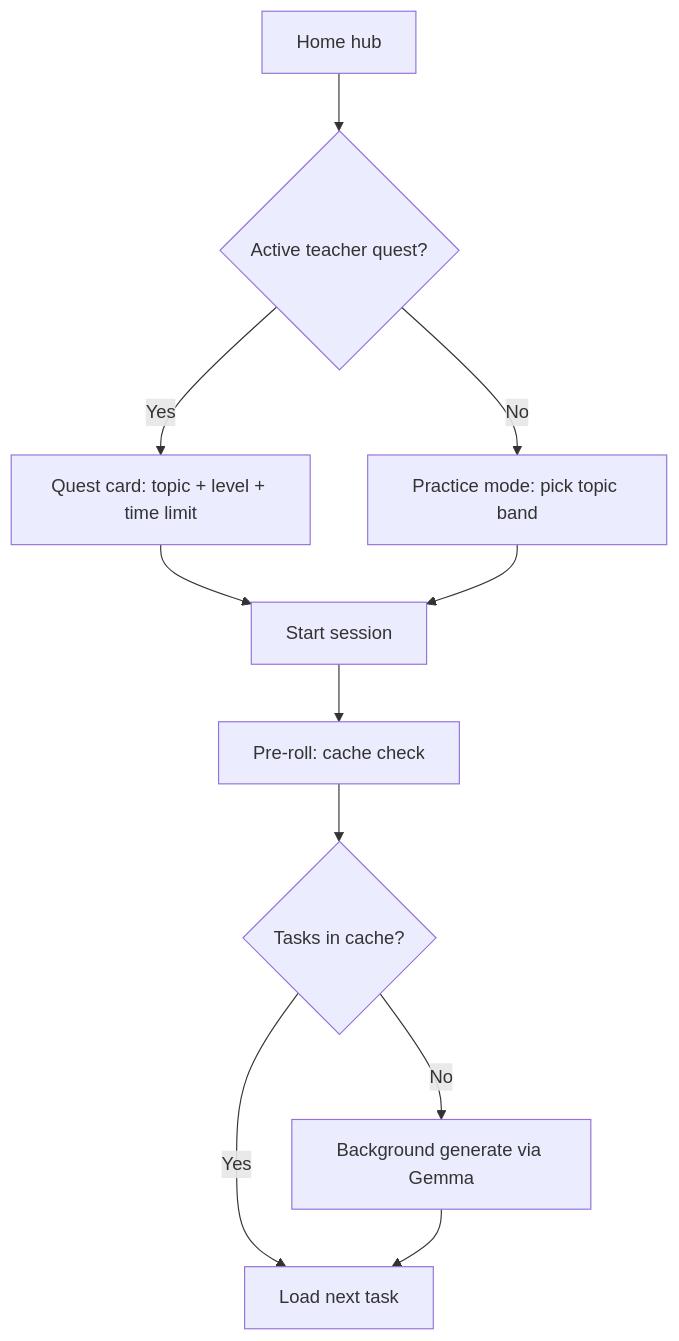
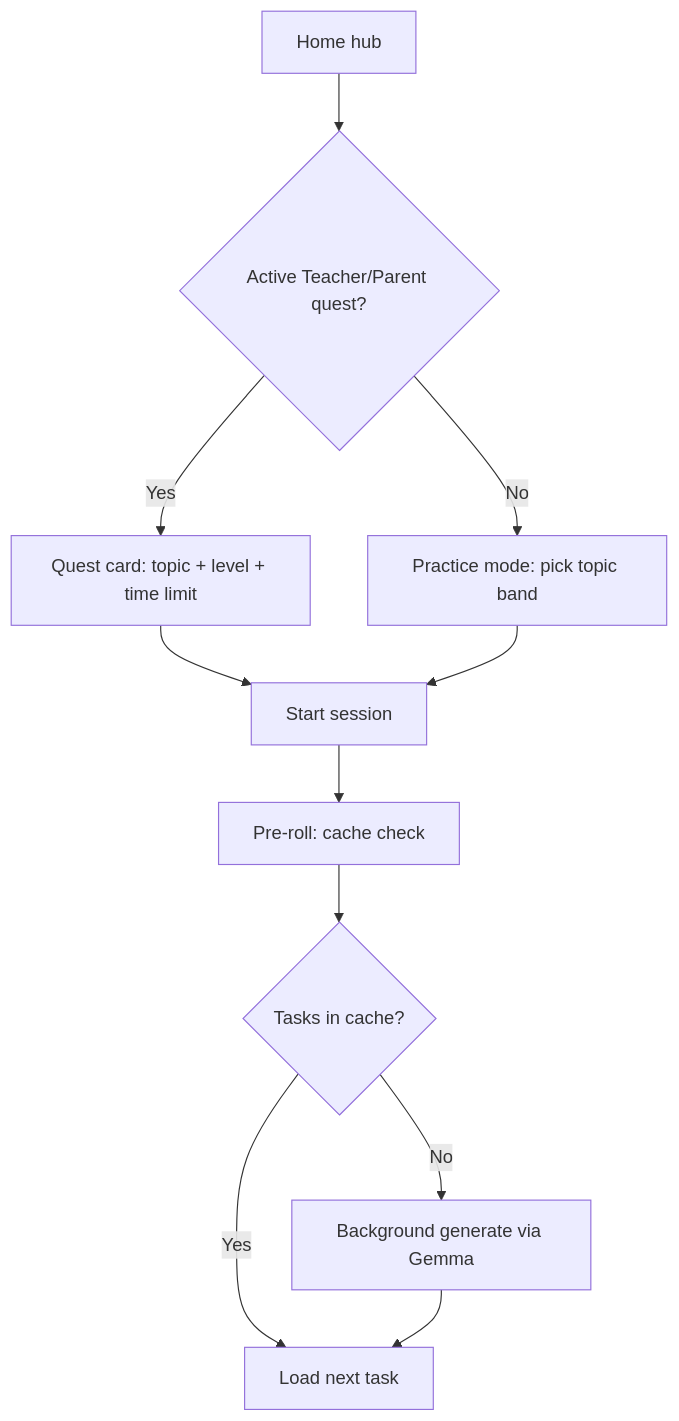
The second of 8 diagrams in design.md (makhosi6/ikamva_lam), drawn with Mermaid before and after one commit. The commit also changed other lines of this file and 8 other files, not shown here.

Commit message:
refactor: update terminology to include Teacher/Parent

````diff
--- a/design.md
+++ b/design.md
@@ -40,13 +40,13 @@
 ```mermaid
 flowchart TD
-  G[Home hub] --> H{Active teacher quest?}
+  G[Home hub] --> H{Active Teacher/Parent quest?}
   H -->|Yes| I[Quest card: topic + level + time limit]
   H -->|No| J[Practice mode: pick topic band]
   I --> K[Start session]
   J --> K
   K --> L[Pre-roll: cache check]
   L --> M{Tasks in cache?}
   M -->|Yes| N[Load next task]
   M -->|No| O[Background generate via Gemma]
   O --> N
 ```
````
